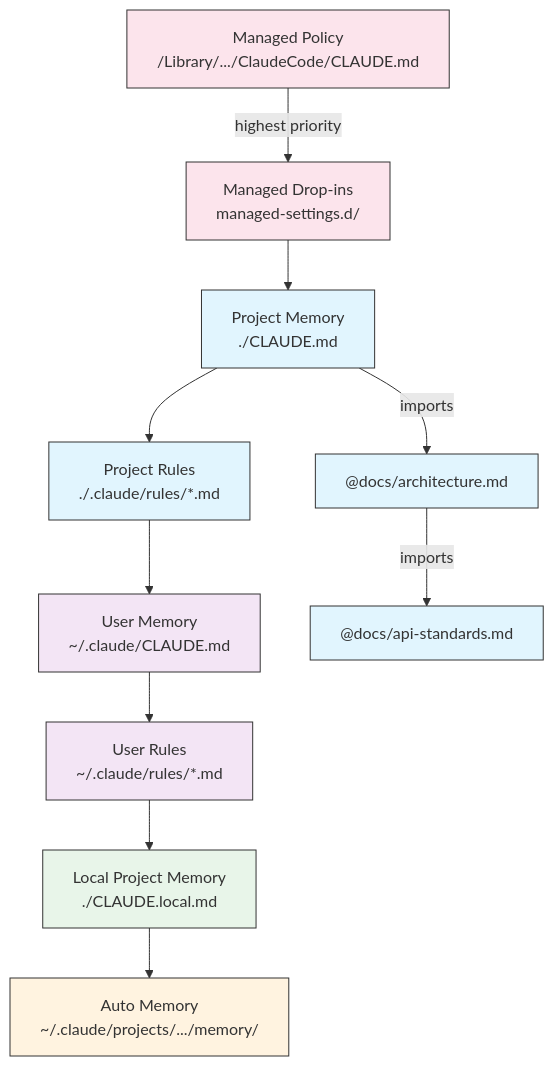
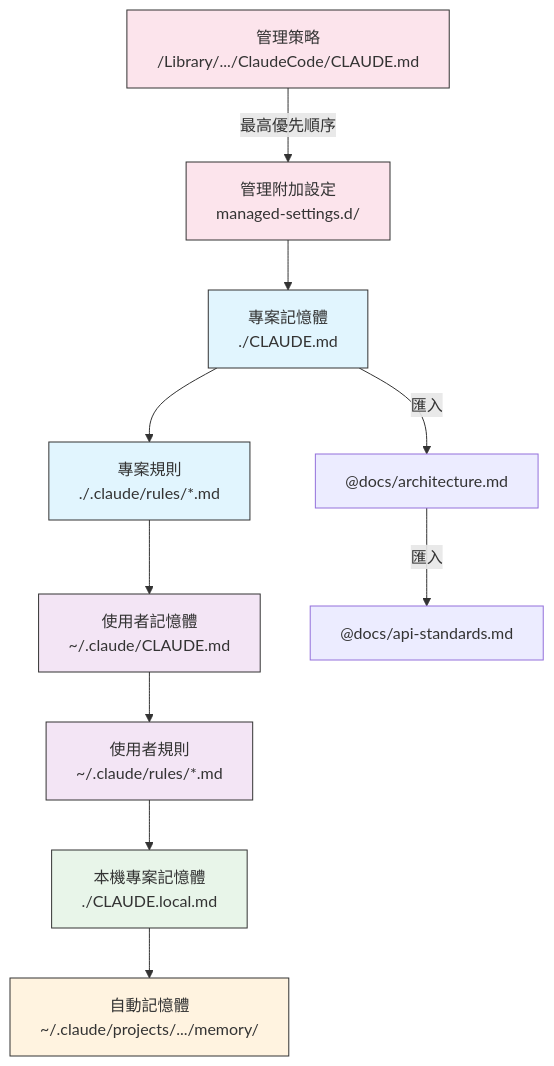
The second of 4 diagrams in 02-memory/README.md (huckly/claude-howto-zh-tw), drawn with Mermaid before and after one commit. The commit also changed other lines of this file and 3 other files, not shown here.

````diff
--- a/02-memory/README.md
+++ b/02-memory/README.md
@@ -264,24 +244,22 @@
 ```mermaid
 graph TD
-    A["Managed Policy<br/>/Library/.../ClaudeCode/CLAUDE.md"] -->|highest priority| A2["Managed Drop-ins<br/>managed-settings.d/"]
-    A2 --> B["Project Memory<br/>./CLAUDE.md"]
-    B --> C["Project Rules<br/>./.claude/rules/*.md"]
-    C --> D["User Memory<br/>~/.claude/CLAUDE.md"]
-    D --> E["User Rules<br/>~/.claude/rules/*.md"]
-    E --> F["Local Project Memory<br/>./CLAUDE.local.md"]
-    F --> G["Auto Memory<br/>~/.claude/projects/.../memory/"]
+    A["管理策略<br/>/Library/.../ClaudeCode/CLAUDE.md"] -->|最高優先順序| A2["管理附加設定<br/>managed-settings.d/"]
+    A2 --> B["專案記憶體<br/>./CLAUDE.md"]
+    B --> C["專案規則<br/>./.claude/rules/*.md"]
+    C --> D["使用者記憶體<br/>~/.claude/CLAUDE.md"]
+    D --> E["使用者規則<br/>~/.claude/rules/*.md"]
+    E --> F["本機專案記憶體<br/>./CLAUDE.local.md"]
+    F --> G["自動記憶體<br/>~/.claude/projects/.../memory/"]
 
-    B -->|imports| H["@docs/architecture.md"]
-    H -->|imports| I["@docs/api-standards.md"]
+    B -->|匯入| H["@docs/architecture.md"]
+    H -->|匯入| I["@docs/api-standards.md"]
 
     style A fill:#fce4ec,stroke:#333,color:#333
     style A2 fill:#fce4ec,stroke:#333,color:#333
     style B fill:#e1f5fe,stroke:#333,color:#333
     style C fill:#e1f5fe,stroke:#333,color:#333
     style D fill:#f3e5f5,stroke:#333,color:#333
     style E fill:#f3e5f5,stroke:#333,color:#333
     style F fill:#e8f5e9,stroke:#333,color:#333
     style G fill:#fff3e0,stroke:#333,color:#333
-    style H fill:#e1f5fe,stroke:#333,color:#333
-    style I fill:#e1f5fe,stroke:#333,color:#333
 ```
````
